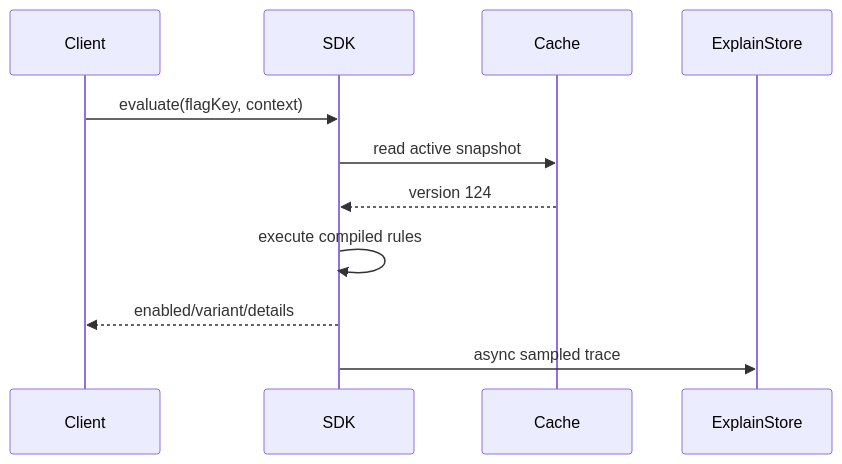
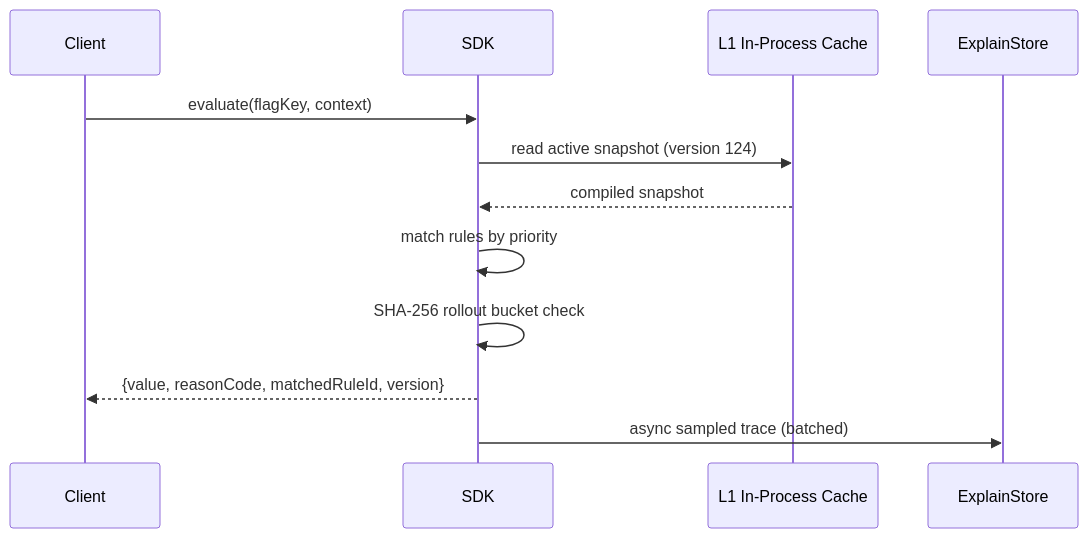
Before and after one commit to ikukei/interview-question-202605: the second of 3 diagrams in feature-management-service-architecture.md, drawn with Mermaid. The commit also changed other lines of this file and 10 other files, not shown here.

Commit message:
update architecture， submit chinese design， chinese architecture, english ppt

````diff
--- a/feature-management-service-architecture.md
+++ b/feature-management-service-architecture.md
@@ -322,14 +462,15 @@
 ```mermaid
 sequenceDiagram
     participant Client
     participant SDK
-    participant Cache
+    participant L1Cache as L1 In-Process Cache
     participant ExplainStore
 
     Client->>SDK: evaluate(flagKey, context)
-    SDK->>Cache: read active snapshot
-    Cache-->>SDK: version 124
-    SDK->>SDK: execute compiled rules
-    SDK-->>Client: enabled/variant/details
-    SDK->>ExplainStore: async sampled trace
+    SDK->>L1Cache: read active snapshot (version 124)
+    L1Cache-->>SDK: compiled snapshot
+    SDK->>SDK: match rules by priority
+    SDK->>SDK: SHA-256 rollout bucket check
+    SDK-->>Client: {value, reasonCode, matchedRuleId, version}
+    SDK->>ExplainStore: async sampled trace (batched)
 ```
````
